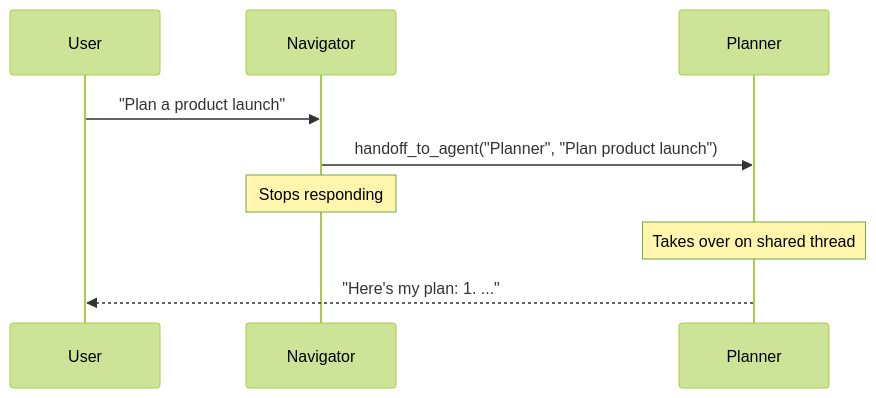
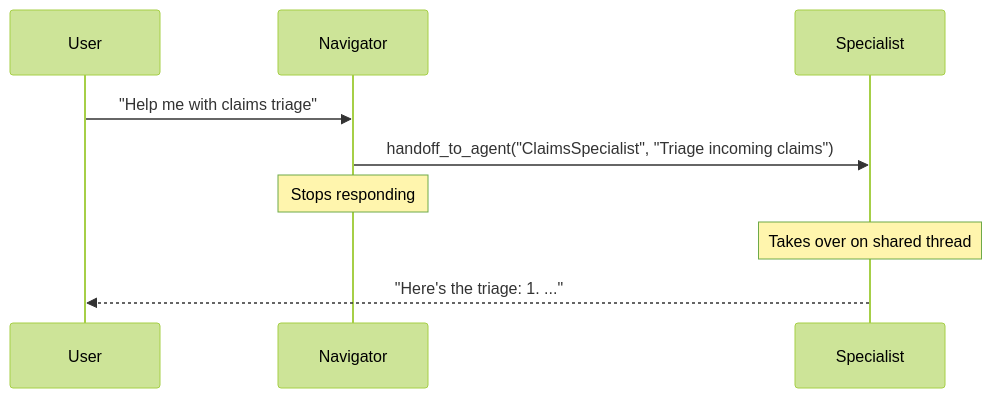
The fourth of 4 diagrams in src/MeshWeaver.Documentation/Data/AI/AgenticAI.md (Systemorph/MeshWeaver), drawn with Mermaid (forest theme) before and after one commit. The commit also changed other lines of this file and 8 other files, not shown here.

````diff
--- a/src/MeshWeaver.Documentation/Data/AI/AgenticAI.md
+++ b/src/MeshWeaver.Documentation/Data/AI/AgenticAI.md
@@ -201,12 +201,12 @@
 ```mermaid
 sequenceDiagram
     participant User
     participant AgentA as Navigator
-    participant AgentB as Planner
+    participant AgentB as Specialist
 
-    User->>AgentA: "Plan a product launch"
-    AgentA->>AgentB: handoff_to_agent("Planner", "Plan product launch")
+    User->>AgentA: "Help me with claims triage"
+    AgentA->>AgentB: handoff_to_agent("ClaimsSpecialist", "Triage incoming claims")
     Note over AgentA: Stops responding
     Note over AgentB: Takes over on shared thread
-    AgentB-->>User: "Here's my plan: 1. ..."
+    AgentB-->>User: "Here's the triage: 1. ..."
 ```
````
